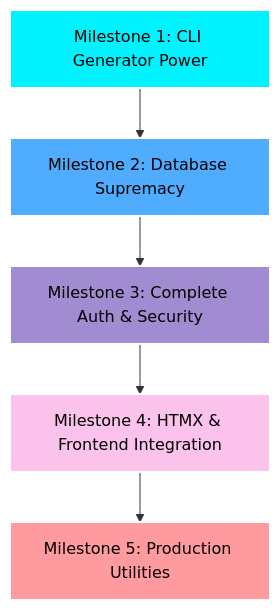
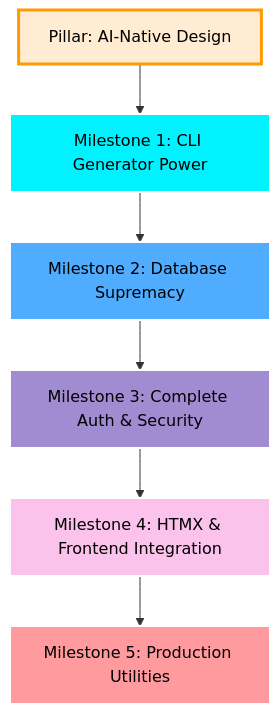
The diagram in ROADMAP.md (Rullst/Rullst), drawn with Mermaid before and after one commit. The commit also changed other lines of this file and 1 other file, not shown here.

Commit message:
docs: add AI-Native Paradigm to ROADMAP.md and ROADMAP.pt.md

````diff
--- a/ROADMAP.md
+++ b/ROADMAP.md
@@ -14,12 +25,14 @@
 ```mermaid
 graph TD
-    M1[Milestone 1: CLI Generator Power] --> M2[Milestone 2: Database Supremacy]
+    M0[Pillar: AI-Native Design] --> M1[Milestone 1: CLI Generator Power]
+    M1 --> M2[Milestone 2: Database Supremacy]
     M2 --> M3[Milestone 3: Complete Auth & Security]
     M3 --> M4[Milestone 4: HTMX & Frontend Integration]
     M4 --> M5[Milestone 5: Production Utilities]
+    style M0 fill:#ffecd2,stroke:#ff9a00,stroke-width:3px,color:#000
     style M1 fill:#00f2fe,stroke:#fff,stroke-width:2px,color:#000
     style M2 fill:#4facfe,stroke:#fff,stroke-width:2px,color:#000
     style M3 fill:#a18cd1,stroke:#fff,stroke-width:2px,color:#000
     style M4 fill:#fbc2eb,stroke:#fff,stroke-width:2px,color:#000
     style M5 fill:#ff9a9e,stroke:#fff,stroke-width:2px,color:#000
 ```
````
